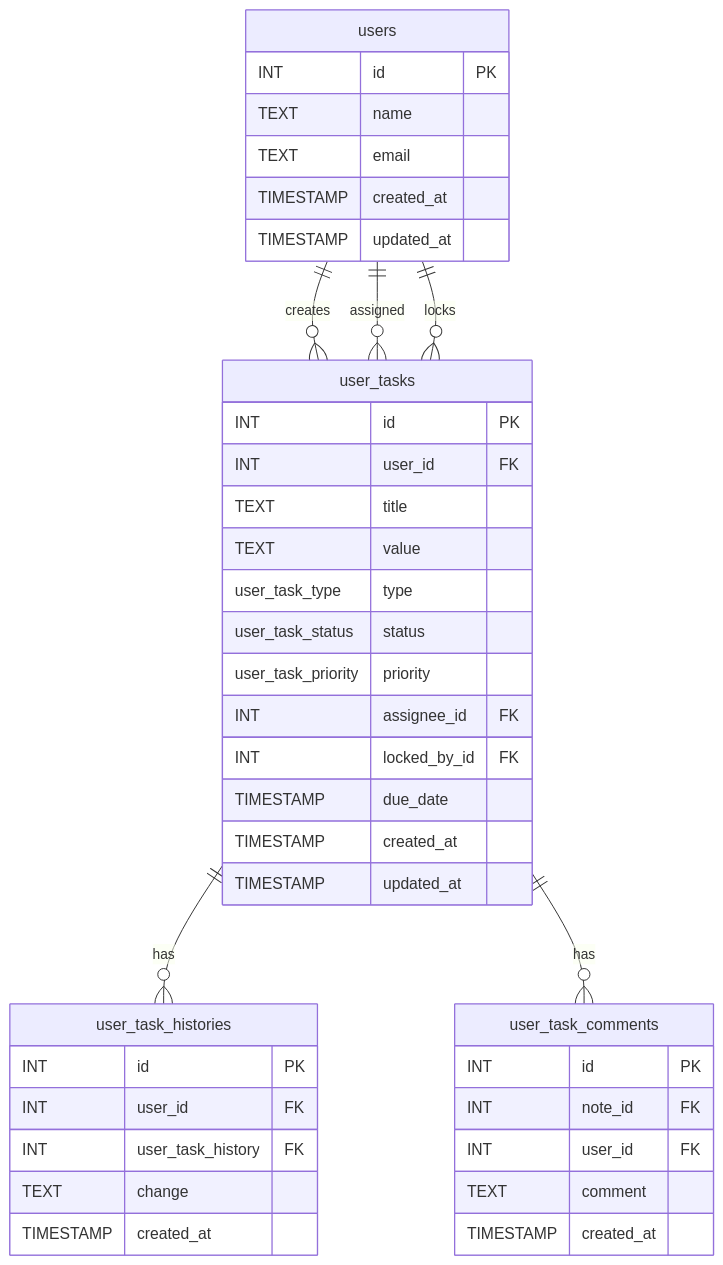
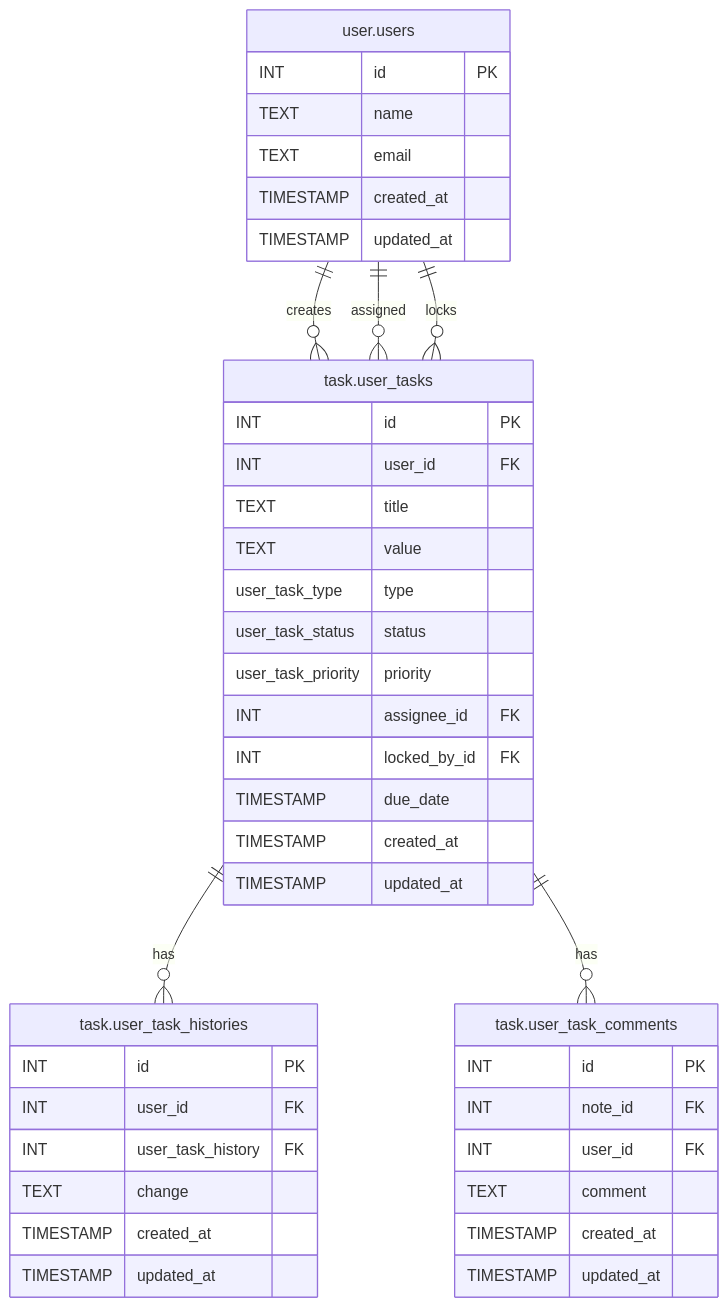
One commit to akshayvijaynair/cs-623-dbms-task-management-app changed the diagram in database/README.md. Above: the diagram before and after it, drawn with Mermaid. The commit also changed other lines of this file and 2 other files, not shown here.

Commit message:
feat(DatabaseSetup): added database setup based on ERD design

````diff
--- a/database/README.md
+++ b/database/README.md
@@ -3,47 +3,49 @@
 ```mermaid
 erDiagram
-  users {
+  "user.users" {
     INT id PK
     TEXT name
     TEXT email
     TIMESTAMP created_at
     TIMESTAMP updated_at
   }
 
-  user_tasks {
+  "task.user_tasks" {
     INT id PK
     INT user_id FK
     TEXT title
     TEXT value
     user_task_type type
     user_task_status status
     user_task_priority priority
     INT assignee_id FK
     INT locked_by_id FK
     TIMESTAMP due_date
     TIMESTAMP created_at
     TIMESTAMP updated_at
   }
 
-  user_task_histories {
+  "task.user_task_histories" {
     INT id PK
     INT user_id FK
     INT user_task_history FK
     TEXT change
     TIMESTAMP created_at
+    TIMESTAMP updated_at
   }
 
-  user_task_comments {
+  "task.user_task_comments" {
     INT id PK
     INT note_id FK
     INT user_id FK
     TEXT comment
     TIMESTAMP created_at
+    TIMESTAMP updated_at
   }
 
-  users ||--o{ user_tasks : creates
-  users ||--o{ user_tasks : assigned
-  users ||--o{ user_tasks : locks
-  user_tasks ||--o{ user_task_histories : has
-  user_tasks ||--o{ user_task_comments : has
+  "user.users" ||--o{ "task.user_tasks" : creates
+  "user.users" ||--o{ "task.user_tasks" : assigned
+  "user.users" ||--o{ "task.user_tasks" : locks
+  "task.user_tasks" ||--o{ "task.user_task_histories" : has
+  "task.user_tasks" ||--o{ "task.user_task_comments" : has
 ```
````
